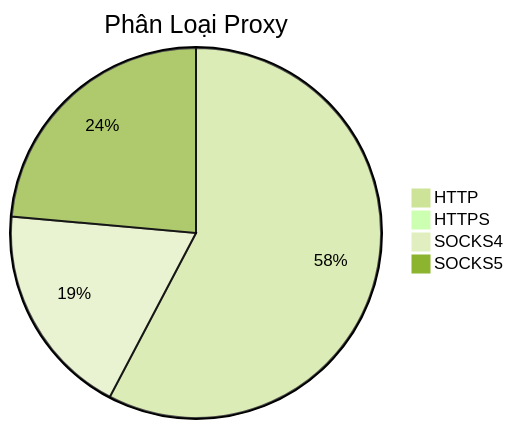
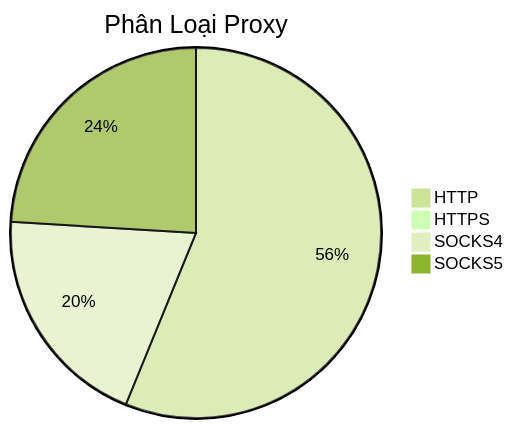
One commit to Ciara-12/PROXY-free changed the diagram in README.md. Above: the diagram before and after it, drawn with Mermaid (forest theme). The commit also changed other lines of this file and 3 other files, not shown here.

````diff
--- a/README.md
+++ b/README.md
@@ -26,7 +26,7 @@
 ```mermaid
 pie title Phân Loại Proxy
-    "HTTP" : 1030
+    "HTTP" : 900
     "HTTPS" : 0
-    "SOCKS4" : 334
-    "SOCKS5" : 421
+    "SOCKS4" : 317
+    "SOCKS5" : 385
 ```
````
